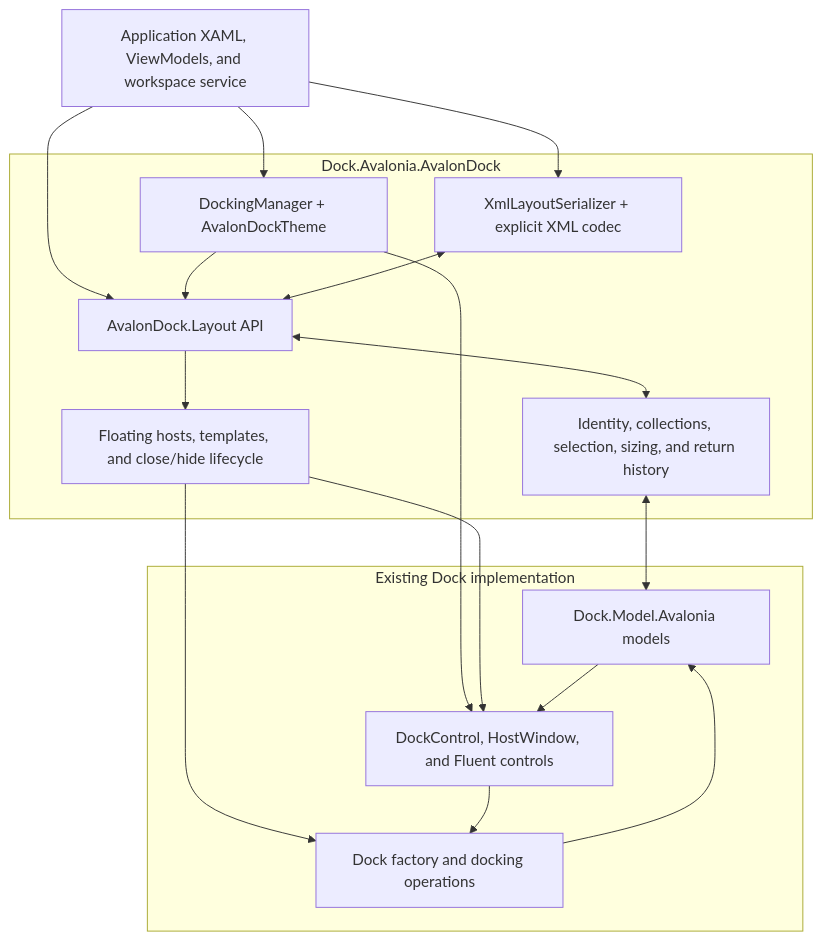
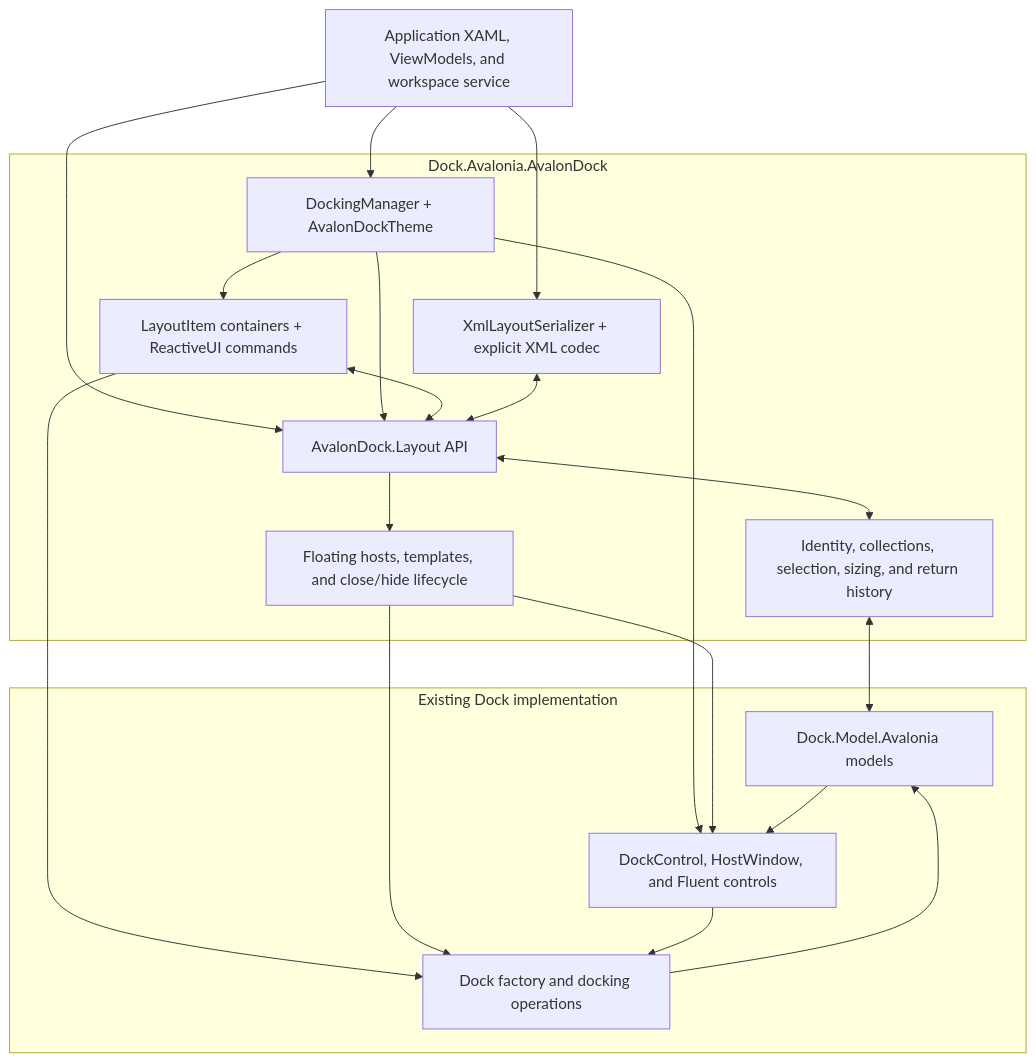
One commit to wieslawsoltes/Dock changed the diagram in docfx/articles/dock-avalondock.md. Above: the diagram before and after it, drawn with Mermaid. The commit also changed other lines of this file and 18 other files, not shown here.

Commit message:
Add AvalonDock item containers and native docking commands

````diff
--- a/docfx/articles/dock-avalondock.md
+++ b/docfx/articles/dock-avalondock.md
@@ -199,30 +248,34 @@
 ```mermaid
 flowchart TB
     App["Application XAML, ViewModels, and workspace service"]
     subgraph Compatibility["Dock.Avalonia.AvalonDock"]
         Manager["DockingManager + AvalonDockTheme"]
         Layout["AvalonDock.Layout API"]
+        Items["LayoutItem containers + ReactiveUI commands"]
         Bridge["Identity, collections, selection, sizing, and return history"]
         Lifecycle["Floating hosts, templates, and close/hide lifecycle"]
         Xml["XmlLayoutSerializer + explicit XML codec"]
     end
     subgraph Native["Existing Dock implementation"]
         Models["Dock.Model.Avalonia models"]
         Factory["Dock factory and docking operations"]
         Controls["DockControl, HostWindow, and Fluent controls"]
     end
     App --> Manager
     App --> Layout
     App --> Xml
     Manager --> Layout
+    Manager --> Items
+    Items <--> Layout
+    Items --> Factory
     Manager --> Controls
     Layout <--> Bridge
     Bridge <--> Models
     Layout --> Lifecycle
     Lifecycle --> Factory
     Lifecycle --> Controls
     Controls --> Factory
     Factory --> Models
     Models --> Controls
     Xml <--> Layout
 ```
````
